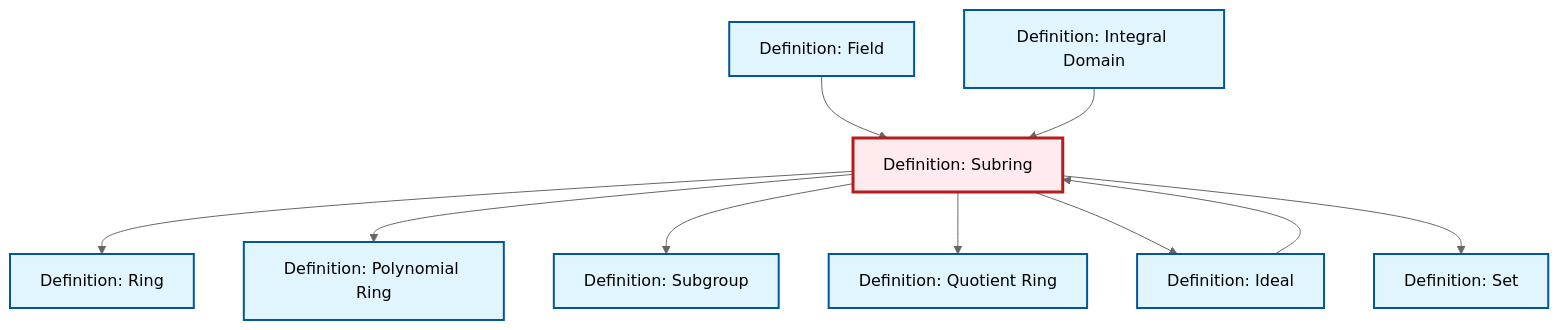
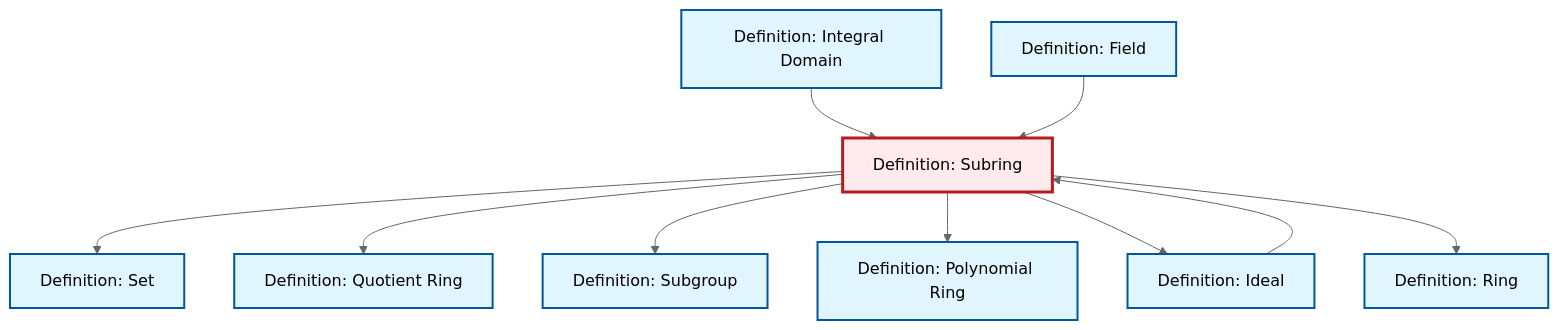
The diagram in content/en/algebra/def-subring.qmd (RK0429/ModernMath), drawn with Mermaid (neutral theme) before and after one commit. The commit also changed other lines of this file and 634 other files, not shown here.

First line of the commit message:
feat: Add prime ideal definition with comprehensive cross-references

````diff
--- a/content/en/algebra/def-subring.qmd
+++ b/content/en/algebra/def-subring.qmd
@@ -84,36 +84,36 @@
 ```{mermaid}
 %%| fig-cap: "Local dependency graph"
 graph TD
     classDef definition fill:#e1f5fe,stroke:#01579b,stroke-width:2px
     classDef theorem fill:#f3e5f5,stroke:#4a148c,stroke-width:2px
     classDef axiom fill:#fff3e0,stroke:#e65100,stroke-width:2px
     classDef example fill:#e8f5e9,stroke:#1b5e20,stroke-width:2px
     classDef current fill:#ffebee,stroke:#b71c1c,stroke-width:3px
+    def-quotient-ring["Definition: Quotient Ring"]:::definition
+    def-subgroup["Definition: Subgroup"]:::definition
+    def-ring["Definition: Ring"]:::definition
     def-integral-domain["Definition: Integral Domain"]:::definition
+    def-subring["Definition: Subring"]:::definition
+    def-field["Definition: Field"]:::definition
     def-set["Definition: Set"]:::definition
     def-ideal["Definition: Ideal"]:::definition
-    def-subgroup["Definition: Subgroup"]:::definition
-    def-subring["Definition: Subring"]:::definition
-    def-quotient-ring["Definition: Quotient Ring"]:::definition
     def-polynomial-ring["Definition: Polynomial Ring"]:::definition
-    def-field["Definition: Field"]:::definition
-    def-ring["Definition: Ring"]:::definition
+    def-integral-domain --> def-subring
+    def-subring --> def-set
+    def-ideal --> def-subring
+    def-subring --> def-quotient-ring
     def-field --> def-subring
+    def-subring --> def-subgroup
+    def-subring --> def-polynomial-ring
+    def-subring --> def-ideal
     def-subring --> def-ring
-    def-integral-domain --> def-subring
-    def-ideal --> def-subring
-    def-subring --> def-polynomial-ring
-    def-subring --> def-subgroup
-    def-subring --> def-quotient-ring
-    def-subring --> def-ideal
-    def-subring --> def-set
     class def-subring current
+    click def-quotient-ring "def-quotient-ring.html" "Go to Quotient Ring definition"
+    click def-subgroup "def-subgroup.html" "Go to Subgroup definition"
+    click def-ring "def-ring.html" "Go to Ring definition"
     click def-integral-domain "def-integral-domain.html" "Go to Integral Domain definition"
+    click def-field "def-field.html" "Go to Field definition"
     click def-set "def-set.html" "Go to Set definition"
     click def-ideal "def-ideal.html" "Go to Ideal definition"
-    click def-subgroup "def-subgroup.html" "Go to Subgroup definition"
-    click def-quotient-ring "def-quotient-ring.html" "Go to Quotient Ring definition"
     click def-polynomial-ring "def-polynomial-ring.html" "Go to Polynomial Ring definition"
-    click def-field "def-field.html" "Go to Field definition"
-    click def-ring "def-ring.html" "Go to Ring definition"
 ```
````
